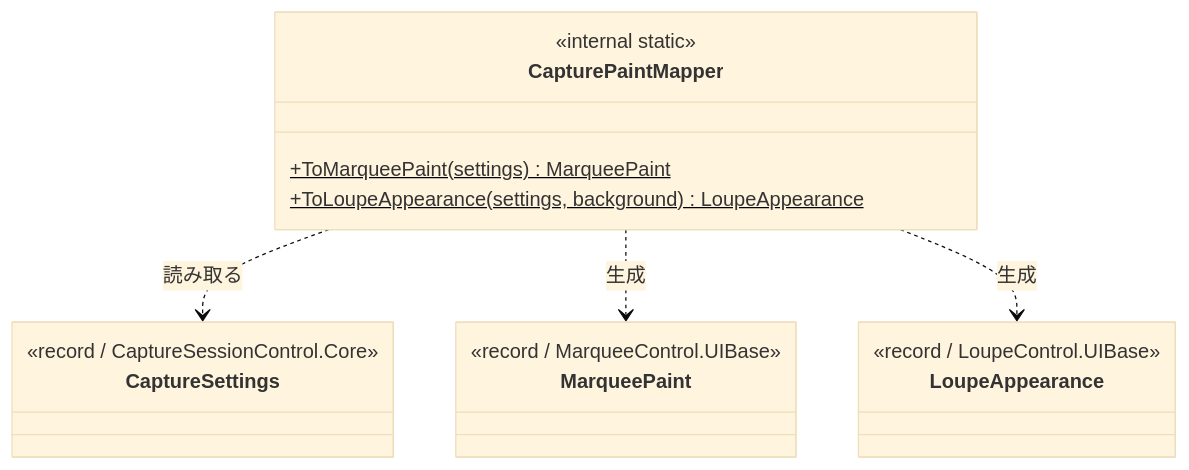
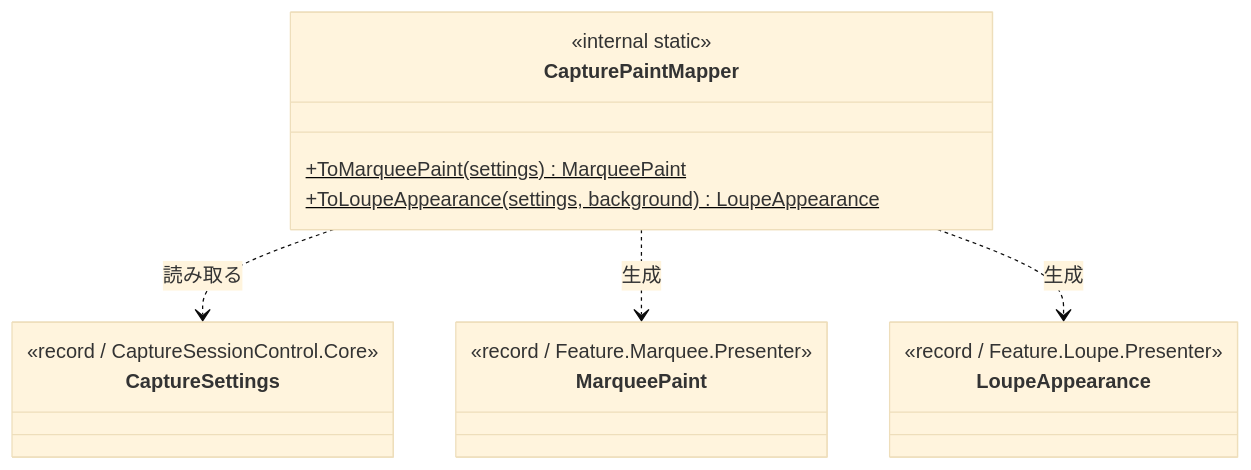
One commit to tomokuni/SaveEvidence changed the second of 3 diagrams in src/CaptureSessionControl.UIBase/SPEC_System.md. Above: the diagram before and after it, drawn with Mermaid (base theme). The commit also changed other lines of this file and 334 other files, not shown here.

````diff
--- a/src/CaptureSessionControl.UIBase/SPEC_System.md
+++ b/src/CaptureSessionControl.UIBase/SPEC_System.md
@@ -54,21 +54,21 @@
 ```mermaid
 classDiagram
   class CapturePaintMapper {
     <<internal static>>
     +ToMarqueePaint(settings)$ MarqueePaint
     +ToLoupeAppearance(settings, background)$ LoupeAppearance
   }
   class CaptureSettings {
     <<record / CaptureSessionControl.Core>>
   }
   class MarqueePaint {
-    <<record / MarqueeControl.UIBase>>
+    <<record / Feature.Marquee.Presenter>>
   }
   class LoupeAppearance {
-    <<record / LoupeControl.UIBase>>
+    <<record / Feature.Loupe.Presenter>>
   }
 
   CapturePaintMapper ..> CaptureSettings : 読み取る
   CapturePaintMapper ..> MarqueePaint : 生成
   CapturePaintMapper ..> LoupeAppearance : 生成
 ```
````
